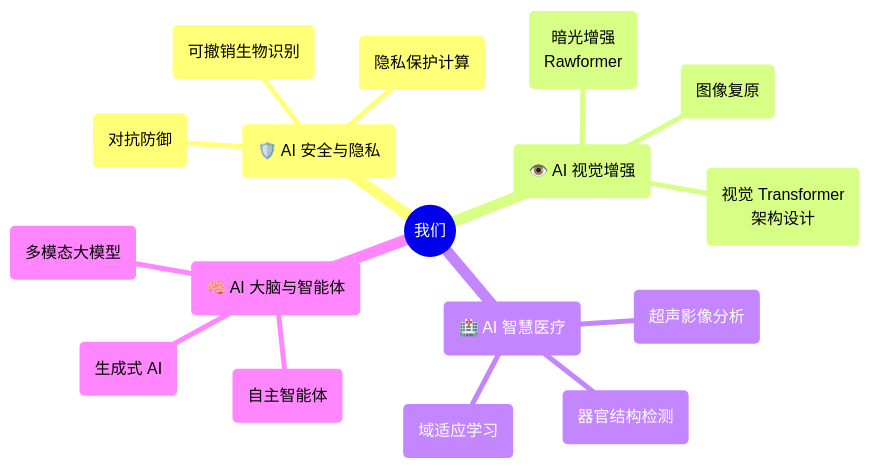
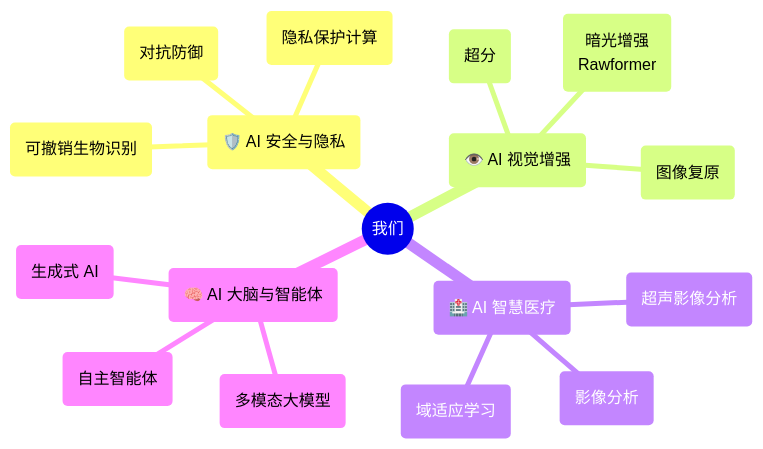
Before and after one commit to xingbod/xingbod.github.io: the diagram in _pages/about.md, drawn with Mermaid.

````diff
--- a/_pages/about.md
+++ b/_pages/about.md
@@ -24,20 +24,20 @@
 ```mermaid
 mindmap
   root((我们))
     Security(🛡️ AI 安全与隐私)
       Cancelable_Biometrics(可撤销生物识别)
       Privacy_Preserving(隐私保护计算)
       Adversarial_Defense(对抗防御)
     Vision(👁️ AI 视觉增强)
       Low_Light(暗光增强<br/>Rawformer)
       Restoration(图像复原)
-      Transformer(视觉 Transformer<br/>架构设计)
+      Super-resolution(超分)
     Medical(🏥 AI 智慧医疗)
       Ultrasound(超声影像分析)
-      Fetal_Heart(器官结构检测)
+      PET/MRI(影像分析)
       Domain_Adaptation(域适应学习)
     Brain(🧠 AI 大脑与智能体)
       MLLM(多模态大模型)
       Agents(自主智能体)
       AIGC(生成式 AI)
 ```
````
